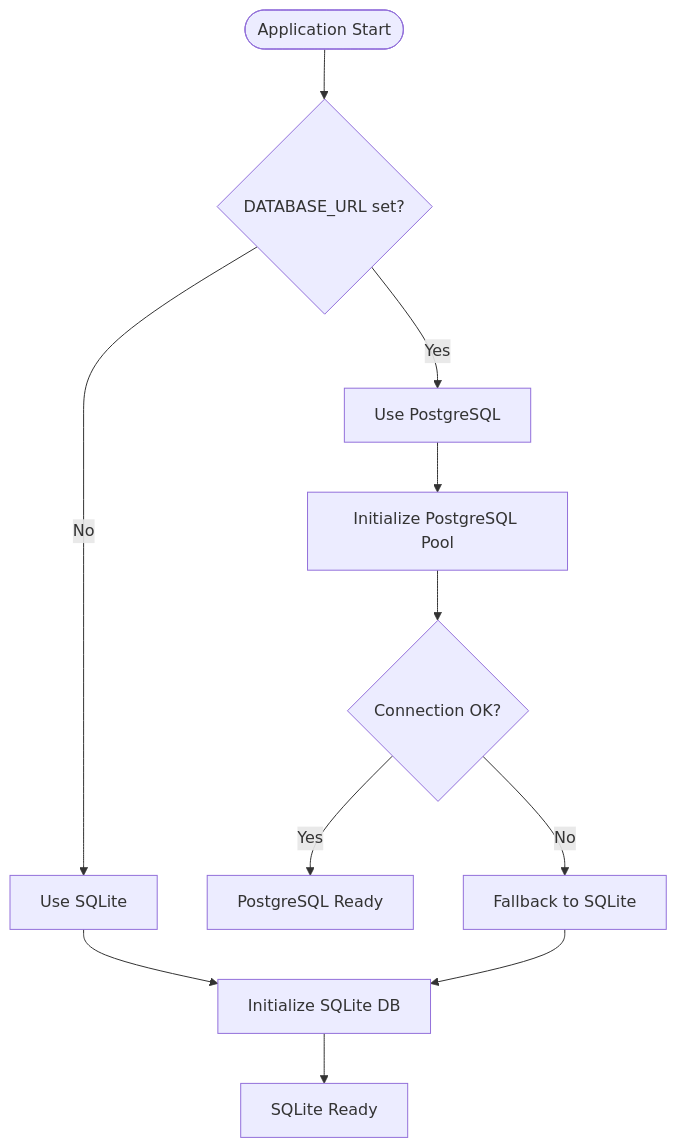
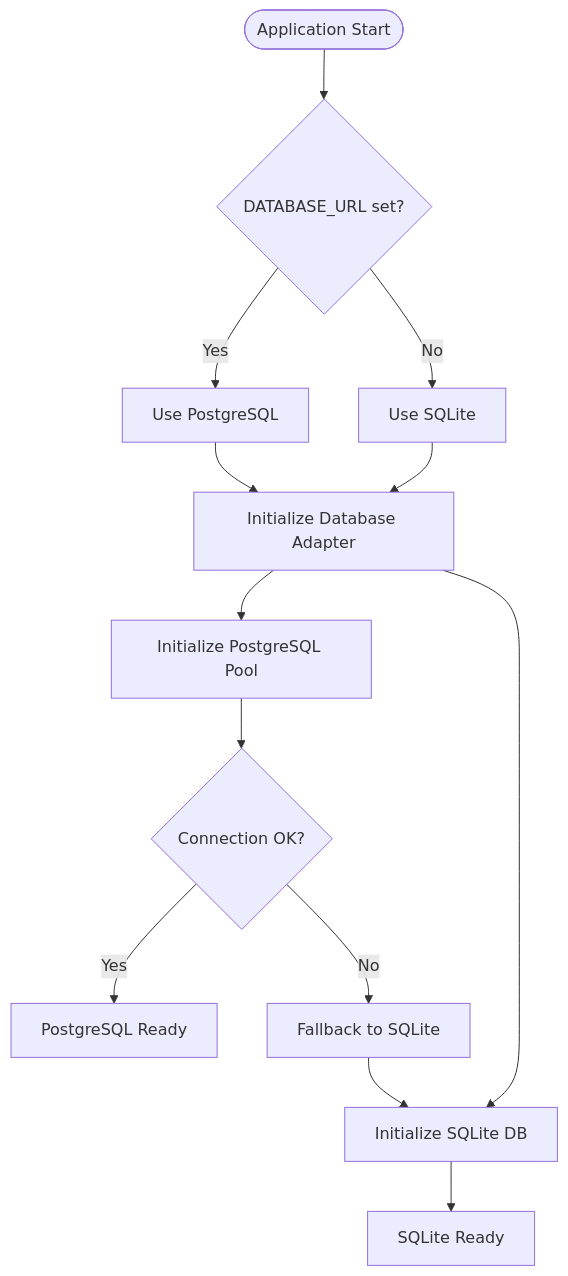
One commit to aravinthraj-ramalingam/Groww-App-Review-Insights-Analyzer- changed the eighth of 9 diagrams in .qoder/repowiki/en/content/Phase 1_ Review Scraper/Database Layer.md. Above: the diagram before and after it, drawn with Mermaid. The commit also changed other lines of this file and 10 other files, not shown here.

````diff
--- a/.qoder/repowiki/en/content/Phase 1_ Review Scraper/Database Layer.md
+++ b/.qoder/repowiki/en/content/Phase 1_ Review Scraper/Database Layer.md
@@ -527,13 +623,15 @@
 ```mermaid
 flowchart TD
 Start(["Application Start"]) --> CheckEnv{"DATABASE_URL set?"}
 CheckEnv --> |Yes| UsePG["Use PostgreSQL"]
 CheckEnv --> |No| UseSQLite["Use SQLite"]
-UsePG --> InitPG["Initialize PostgreSQL Pool"]
+UsePG --> InitAdapter["Initialize Database Adapter"]
+InitAdapter --> InitPG["Initialize PostgreSQL Pool"]
 InitPG --> CheckConn{"Connection OK?"}
 CheckConn --> |Yes| PGReady["PostgreSQL Ready"]
 CheckConn --> |No| Fallback["Fallback to SQLite"]
-UseSQLite --> InitSQLite["Initialize SQLite DB"]
+UseSQLite --> InitAdapter
+InitAdapter --> InitSQLite["Initialize SQLite DB"]
 InitSQLite --> SQLiteReady["SQLite Ready"]
 Fallback --> InitSQLite
 ```
````
